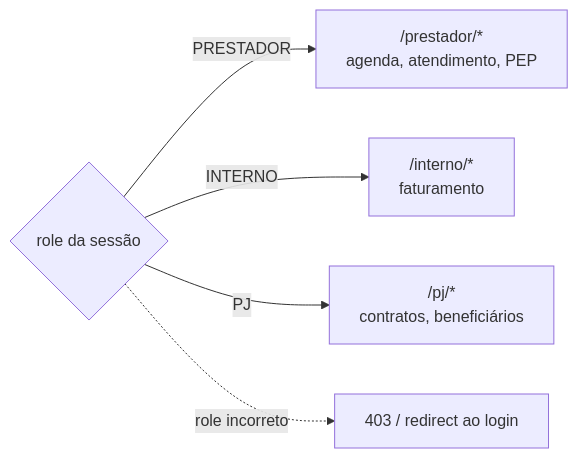
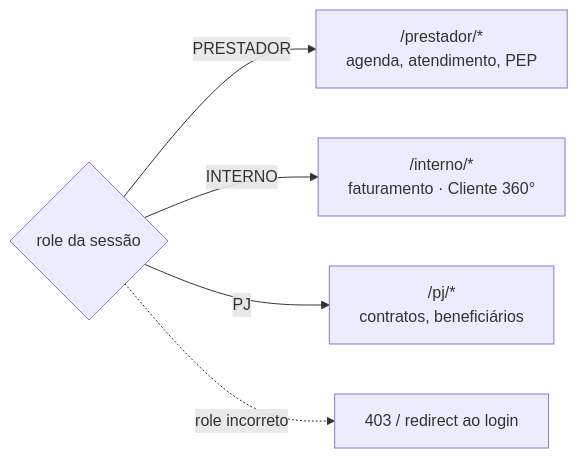
The fourth of 5 diagrams in docs/ARQUITETURA.md (Piulres/sistema-bibi), drawn with Mermaid before and after one commit. The commit also changed other lines of this file and 8 other files, not shown here.

First line of the commit message:
feat(epic-1): Cliente 360° — Patient Overview no Portal Interno

````diff
--- a/docs/ARQUITETURA.md
+++ b/docs/ARQUITETURA.md
@@ -187,8 +193,8 @@
 ```mermaid
 flowchart LR
   R{role da sessão}
   R -->|PRESTADOR| A["/prestador/*<br/>agenda, atendimento, PEP"]
-  R -->|INTERNO| B["/interno/*<br/>faturamento"]
+  R -->|INTERNO| B["/interno/*<br/>faturamento · Cliente 360°"]
   R -->|PJ| C["/pj/*<br/>contratos, beneficiários"]
   R -.->|role incorreto| D["403 / redirect ao login"]
 ```
````
